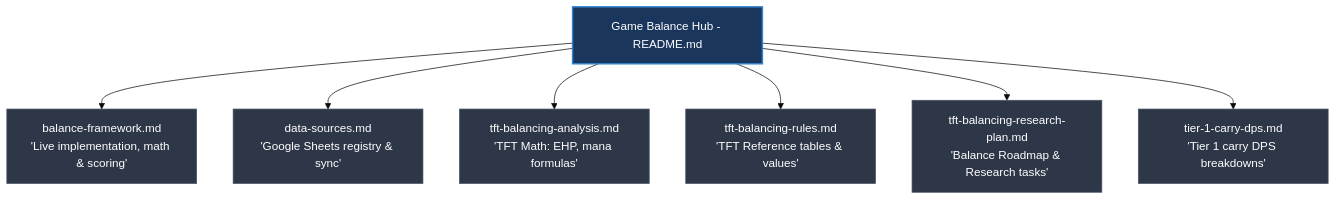
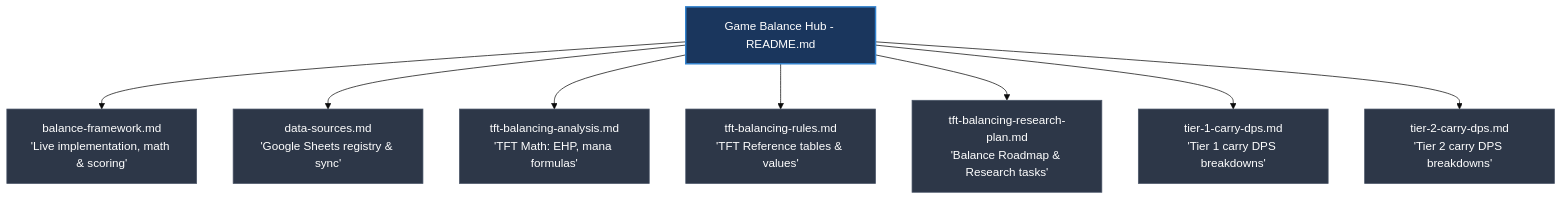
Before and after one commit to SwiftkeyX/Magic-Tutor: the first of 2 diagrams in .claude/docs/balance/README.md, drawn with Mermaid (base theme). The commit also changed other lines of this file and 2 other files, not shown here.

First line of the commit message:
docs(balance): add tier-2 carry DPS analysis, drop passive-scaling Kayle from tier-1

````diff
--- a/.claude/docs/balance/README.md
+++ b/.claude/docs/balance/README.md
@@ -13,17 +13,19 @@
 ```mermaid
 graph TD
     hub[Game Balance Hub - README.md] --> framework[balance-framework.md<br>'Live implementation, math & scoring']
     hub --> sources[data-sources.md<br>'Google Sheets registry & sync']
     hub --> analysis[tft-balancing-analysis.md<br>'TFT Math: EHP, mana formulas']
     hub --> rules[tft-balancing-rules.md<br>'TFT Reference tables & values']
     hub --> roadmap[tft-balancing-research-plan.md<br>'Balance Roadmap & Research tasks']
     hub --> t1dps[tier-1-carry-dps.md<br>'Tier 1 carry DPS breakdowns']
+    hub --> t2dps[tier-2-carry-dps.md<br>'Tier 2 carry DPS breakdowns']
     
     style hub fill:#1a365d,stroke:#3182ce,stroke-width:2px,color:#fff
     style framework fill:#2d3748,stroke:#4a5568,color:#fff
     style sources fill:#2d3748,stroke:#4a5568,color:#fff
     style analysis fill:#2d3748,stroke:#4a5568,color:#fff
     style rules fill:#2d3748,stroke:#4a5568,color:#fff
     style roadmap fill:#2d3748,stroke:#4a5568,color:#fff
     style t1dps fill:#2d3748,stroke:#4a5568,color:#fff
+    style t2dps fill:#2d3748,stroke:#4a5568,color:#fff
 ```
````
